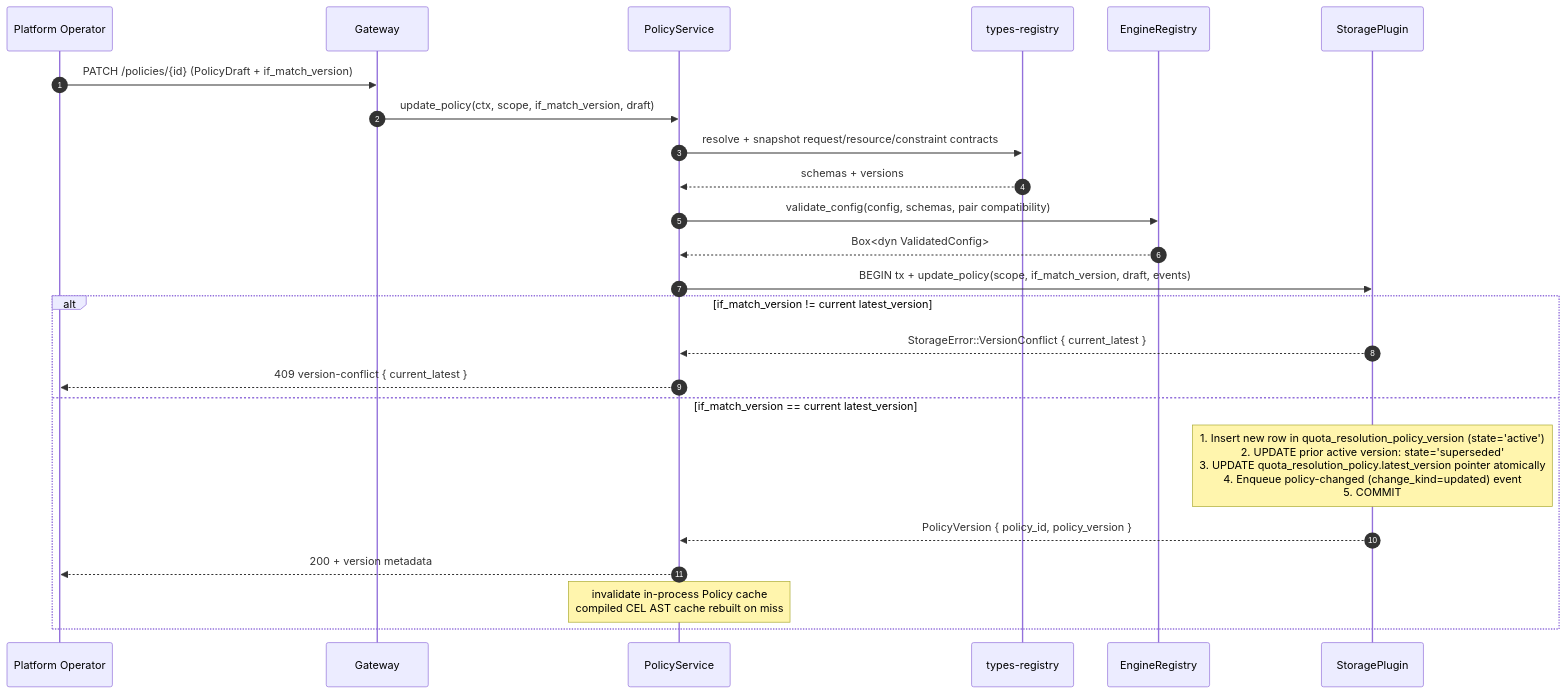
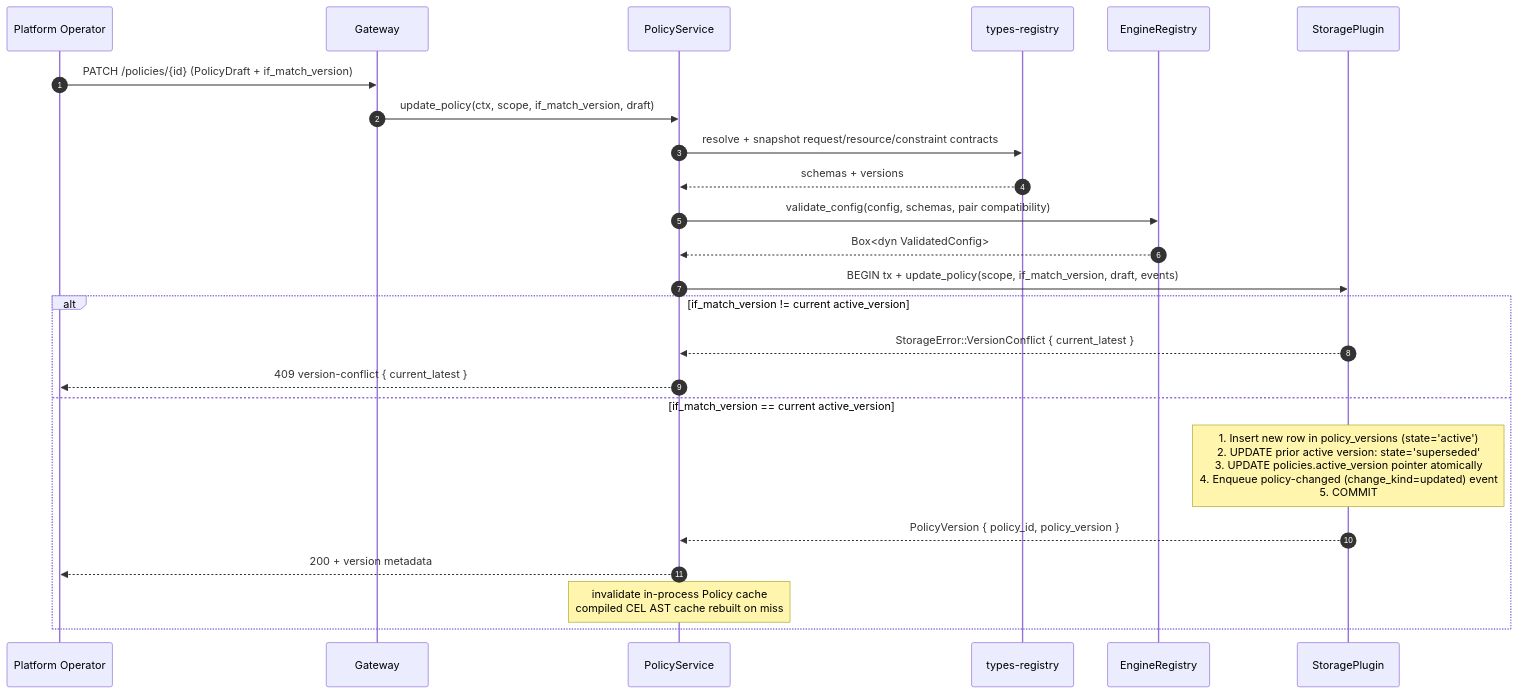
One commit to AndIConstructor/gears-rust changed diagram 16 of 17 in gears/system/quota-enforcement/docs/DESIGN.md. Above: the diagram before and after it, drawn with Mermaid. The commit also changed other lines of this file and 1 other file, not shown here.

Commit message:
docs(quota-enforcement): policy tables and engine trait as built

````diff
--- a/gears/system/quota-enforcement/docs/DESIGN.md
+++ b/gears/system/quota-enforcement/docs/DESIGN.md
@@ -2157,27 +2157,27 @@
 ```mermaid
 sequenceDiagram
     autonumber
     participant Op as Platform Operator
     participant GW as Gateway
     participant PS as PolicyService
     participant TR as types-registry
     participant ER as EngineRegistry
     participant SP as StoragePlugin
 
     Op ->> GW: PATCH /policies/{id} (PolicyDraft + if_match_version)
     GW ->> PS: update_policy(ctx, scope, if_match_version, draft)
     PS ->> TR: resolve + snapshot request/resource/constraint contracts
     TR -->> PS: schemas + versions
     PS ->> ER: validate_config(config, schemas, pair compatibility)
     ER -->> PS: Box<dyn ValidatedConfig>
     PS ->> SP: BEGIN tx + update_policy(scope, if_match_version, draft, events)
-    alt if_match_version != current latest_version
+    alt if_match_version != current active_version
         SP -->> PS: StorageError::VersionConflict { current_latest }
         PS -->> Op: 409 version-conflict { current_latest }
-    else if_match_version == current latest_version
-        Note over SP: 1. Insert new row in quota_resolution_policy_version (state='active')<br/>2. UPDATE prior active version: state='superseded'<br/>3. UPDATE quota_resolution_policy.latest_version pointer atomically<br/>4. Enqueue policy-changed (change_kind=updated) event<br/>5. COMMIT
+    else if_match_version == current active_version
+        Note over SP: 1. Insert new row in policy_versions (state='active')<br/>2. UPDATE prior active version: state='superseded'<br/>3. UPDATE policies.active_version pointer atomically<br/>4. Enqueue policy-changed (change_kind=updated) event<br/>5. COMMIT
         SP -->> PS: PolicyVersion { policy_id, policy_version }
         PS -->> Op: 200 + version metadata
         Note over PS: invalidate in-process Policy cache<br/>compiled CEL AST cache rebuilt on miss
     end
 ```
````
